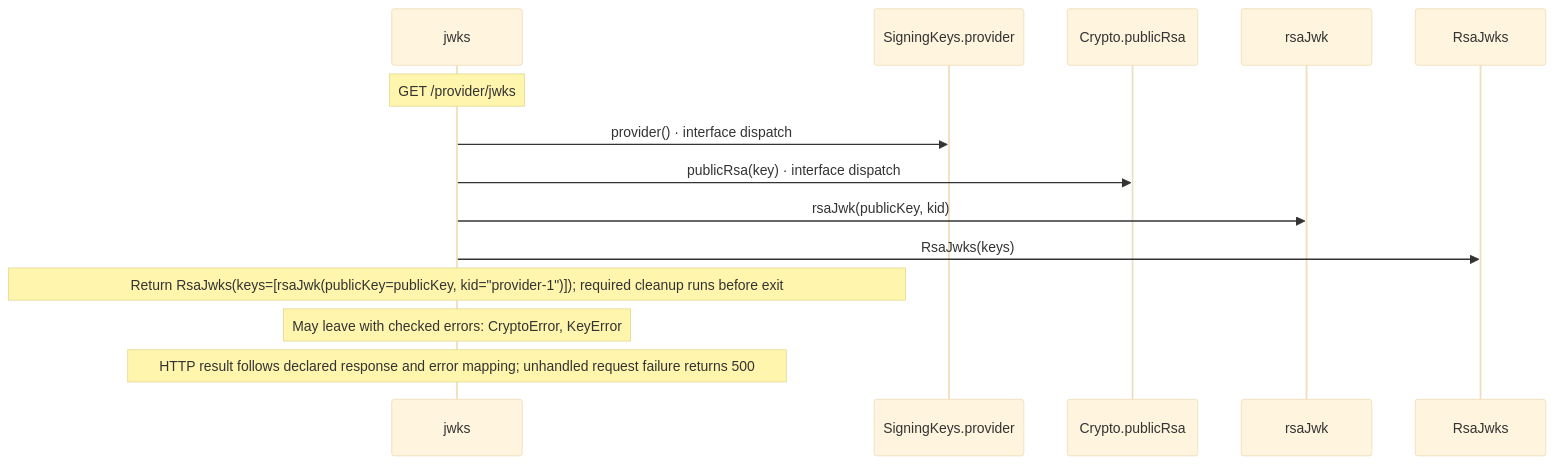
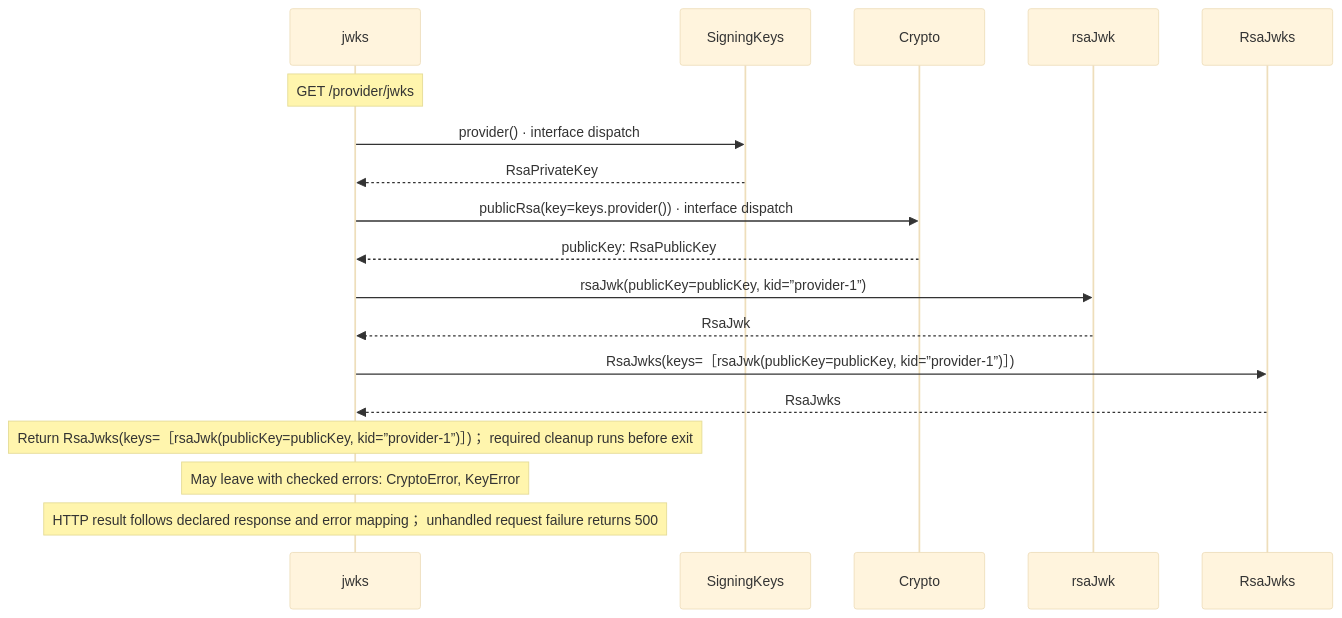
One commit to GreenPandaStudios/augscript changed the fourth of 4 diagrams in docs/examples/oidc-login/provider/discovery-diagrams.md. Above: the diagram before and after it, drawn with Mermaid (base theme). The commit also changed other lines of this file and 524 other files, not shown here.

Commit message:
Explain checked data flow at folder and service levels

````diff
--- a/docs/examples/oidc-login/provider/discovery-diagrams.md
+++ b/docs/examples/oidc-login/provider/discovery-diagrams.md
@@ -98,16 +93,20 @@
 ```mermaid
 sequenceDiagram
     participant p0 as jwks
-    participant p1 as SigningKeys.provider
-    participant p2 as Crypto.publicRsa
+    participant p1 as SigningKeys
+    participant p2 as Crypto
     participant p3 as rsaJwk
     participant p4 as RsaJwks
     Note over p0: GET /provider/jwks
     p0->>p1: provider() · interface dispatch
-    p0->>p2: publicRsa(key) · interface dispatch
-    p0->>p3: rsaJwk(publicKey, kid)
-    p0->>p4: RsaJwks(keys)
-    Note over p0: Return RsaJwks(keys=#91;rsaJwk(publicKey=publicKey, kid=#34;provider-1#34;)#93;)#59; required cleanup runs before exit
+    p1-->>p0: RsaPrivateKey
+    p0->>p2: publicRsa(key=keys.provider()) · interface dispatch
+    p2-->>p0: publicKey: RsaPublicKey
+    p0->>p3: rsaJwk(publicKey=publicKey, kid=”provider-1”)
+    p3-->>p0: RsaJwk
+    p0->>p4: RsaJwks(keys=［rsaJwk(publicKey=publicKey, kid=”provider-1”)］)
+    p4-->>p0: RsaJwks
+    Note over p0: Return RsaJwks(keys=［rsaJwk(publicKey=publicKey, kid=”provider-1”)］)； required cleanup runs before exit
     Note over p0: May leave with checked errors: CryptoError, KeyError
-    Note over p0: HTTP result follows declared response and error mapping#59; unhandled request failure returns 500
+    Note over p0: HTTP result follows declared response and error mapping； unhandled request failure returns 500
 ```
````
